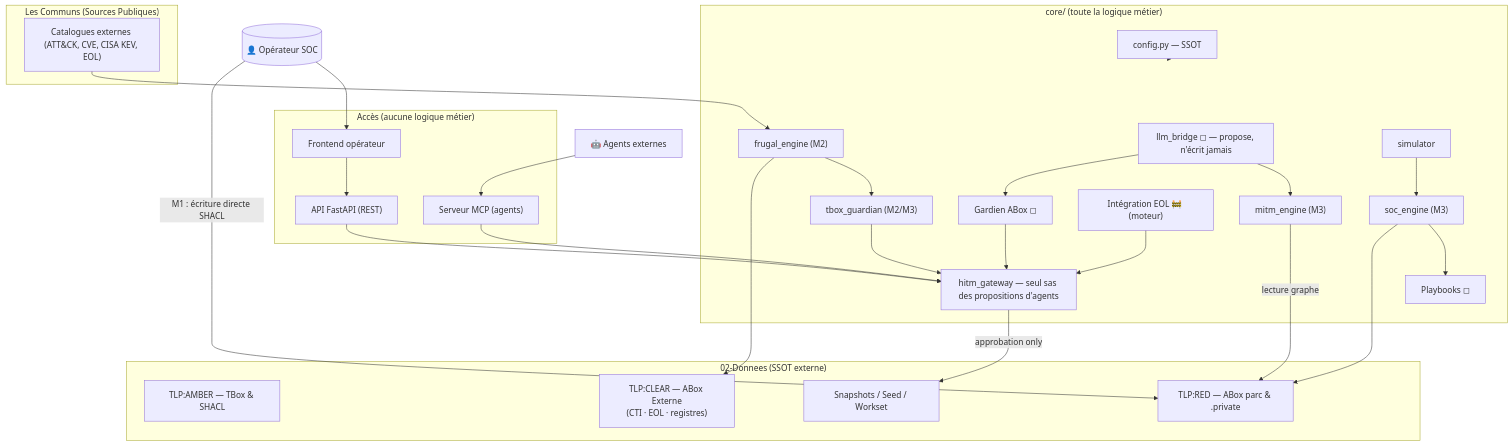
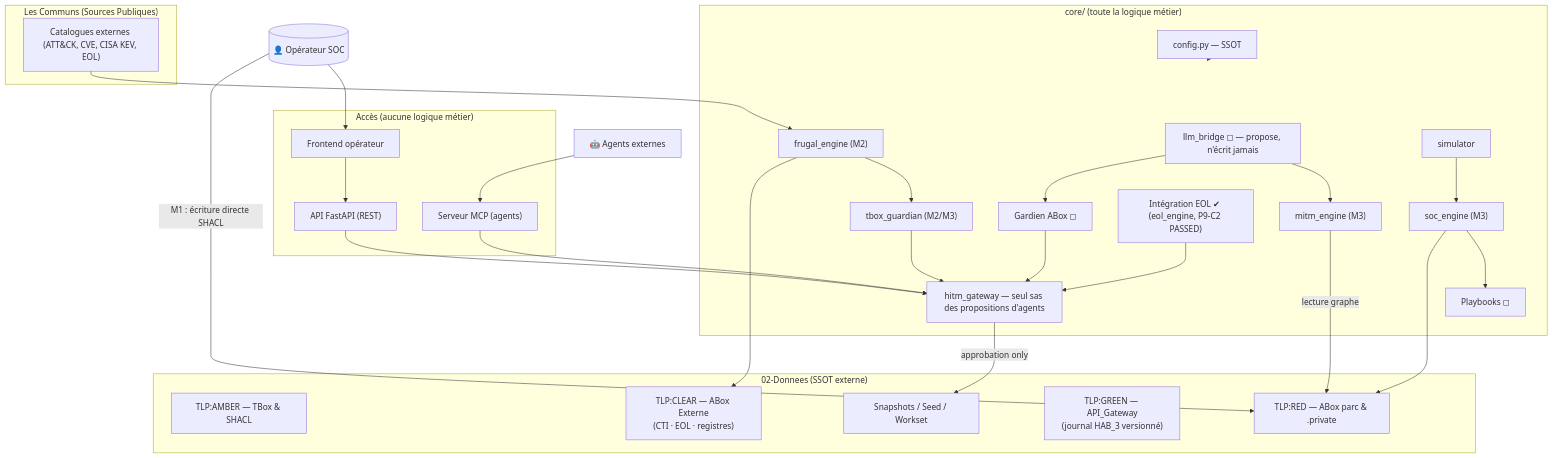
The second of 2 diagrams in 01-Principes_Spécifications/01.2 - Architecture.md (AlbanLher/Dkg-cybersec), drawn with Mermaid before and after one commit. The commit also changed other lines of this file and 2 other files, not shown here.

Commit message:
Specs 01.1/01.2/01.3 : alignement reprise close (130, zone GREEN, delta Master) + brique C2 EOL PASSEE + vague EOL P10

````diff
--- a/01-Principes_Spécifications/01.2 - Architecture.md
+++ b/01-Principes_Spécifications/01.2 - Architecture.md
@@ -398,48 +408,49 @@
 ```mermaid
 graph TD
     Op[("👤 Opérateur SOC")]
     subgraph Communs ["Les Communs (Sources Publiques)"]
         Feeds["Catalogues externes (ATT&CK, CVE, CISA KEV, EOL)"]
     end
     subgraph Data ["02-Donnees (SSOT externe)"]
         AMB["TLP:AMBER — TBox & SHACL"]
         RED["TLP:RED — ABox parc & .private"]
         CLR["TLP:CLEAR — ABox Externe<br/>(CTI · EOL · registres)"]
+        GRN["TLP:GREEN — API_Gateway<br/>(journal HAB_3 versionné)"]
         WS["Snapshots / Seed / Workset"]
     end
     subgraph Core ["core/ (toute la logique métier)"]
         CFG["config.py — SSOT"]
         FRU["frugal_engine (M2)"]
         TG["tbox_guardian (M2/M3)"]
         MITM["mitm_engine (M3)"]
         GA["Gardien ABox ◻"]
-        EOL["Intégration EOL 🚧 (moteur)"]
+        EOL["Intégration EOL ✔ (eol_engine, P9-C2 PASSED)"]
         LLM["llm_bridge ◻ — propose, n'écrit jamais"]
         PB["Playbooks ◻"]
         SIM["simulator"]
         SOC["soc_engine (M3)"]
         HITM["hitm_gateway — seul sas des propositions d'agents"]
     end
     subgraph Access ["Accès (aucune logique métier)"]
         API["API FastAPI (REST)"]
         MCP["Serveur MCP (agents)"]
         UI["Frontend opérateur"]
     end
 
     Op -->|M1 : écriture directe SHACL| RED
     Op --> UI --> API --> HITM
     Agents["🤖 Agents externes"] --> MCP --> HITM
     Feeds --> FRU --> CLR
     FRU --> TG
     TG --> HITM
     GA --> HITM
     LLM --> GA
     LLM --> MITM
     EOL --> HITM
     HITM -->|approbation only| WS
     MITM -->|lecture graphe| RED
     SOC --> RED
     SOC --> PB
     SIM --> SOC
     CFG --> Core
 ```
````
